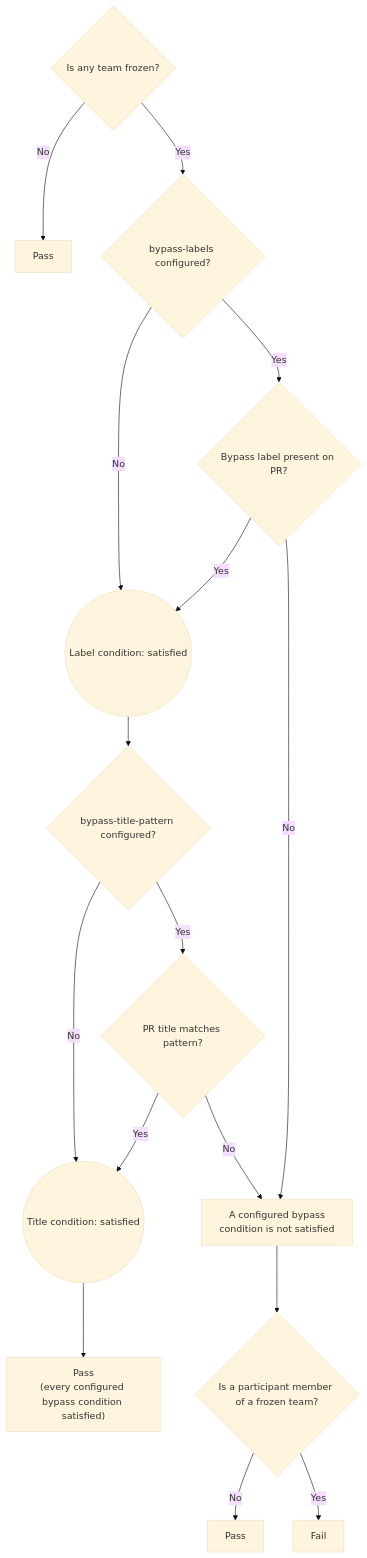
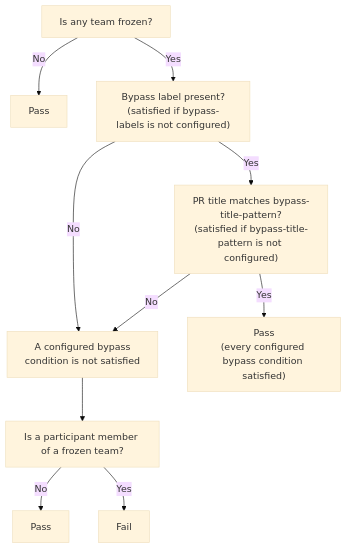
One commit to DataDog/team-freeze-guard changed the diagram in README.md. Above: the diagram before and after it, drawn with Mermaid (base theme).

Commit message:
Simplify the README flowchart
Replaces diamond decision nodes and circle nodes with plain
rectangles to keep the chart compact and consistently shaped, while
keeping the bypass-label / bypass-title-pattern AND logic visible.

````diff
--- a/README.md
+++ b/README.md
@@ -13,22 +13,12 @@
 ```mermaid
 flowchart TD
-    A{"Is any team frozen?"} -->|No| PASS1["Pass"]
-    A -->|Yes| L{"bypass-labels configured?"}
-
-    L -->|No| LOK(("Label condition: satisfied"))
-    L -->|Yes| L2{"Bypass label present on PR?"}
-    L2 -->|Yes| LOK
-    L2 -->|No| NOBYPASS["A configured bypass<br/>condition is not satisfied"]
-
-    LOK --> T{"bypass-title-pattern configured?"}
-    T -->|No| TOK(("Title condition: satisfied"))
-    T -->|Yes| T2{"PR title matches pattern?"}
-    T2 -->|Yes| TOK
-    T2 -->|No| NOBYPASS
-
-    TOK --> PASS2["Pass<br/>(every configured bypass condition satisfied)"]
-
-    NOBYPASS --> C{"Is a participant member of a frozen team?"}
+    A["Is any team frozen?"] -->|No| PASS1["Pass"]
+    A -->|Yes| L["Bypass label present?<br/>(satisfied if bypass-labels is not configured)"]
+    L -->|No| NOBYPASS["A configured bypass<br/>condition is not satisfied"]
+    L -->|Yes| T["PR title matches bypass-title-pattern?<br/>(satisfied if bypass-title-pattern is not configured)"]
+    T -->|No| NOBYPASS
+    T -->|Yes| PASS2["Pass<br/>(every configured bypass condition satisfied)"]
+    NOBYPASS --> C["Is a participant member of a frozen team?"]
     C -->|No| PASS3["Pass"]
     C -->|Yes| FAIL["Fail"]
 ```
````
